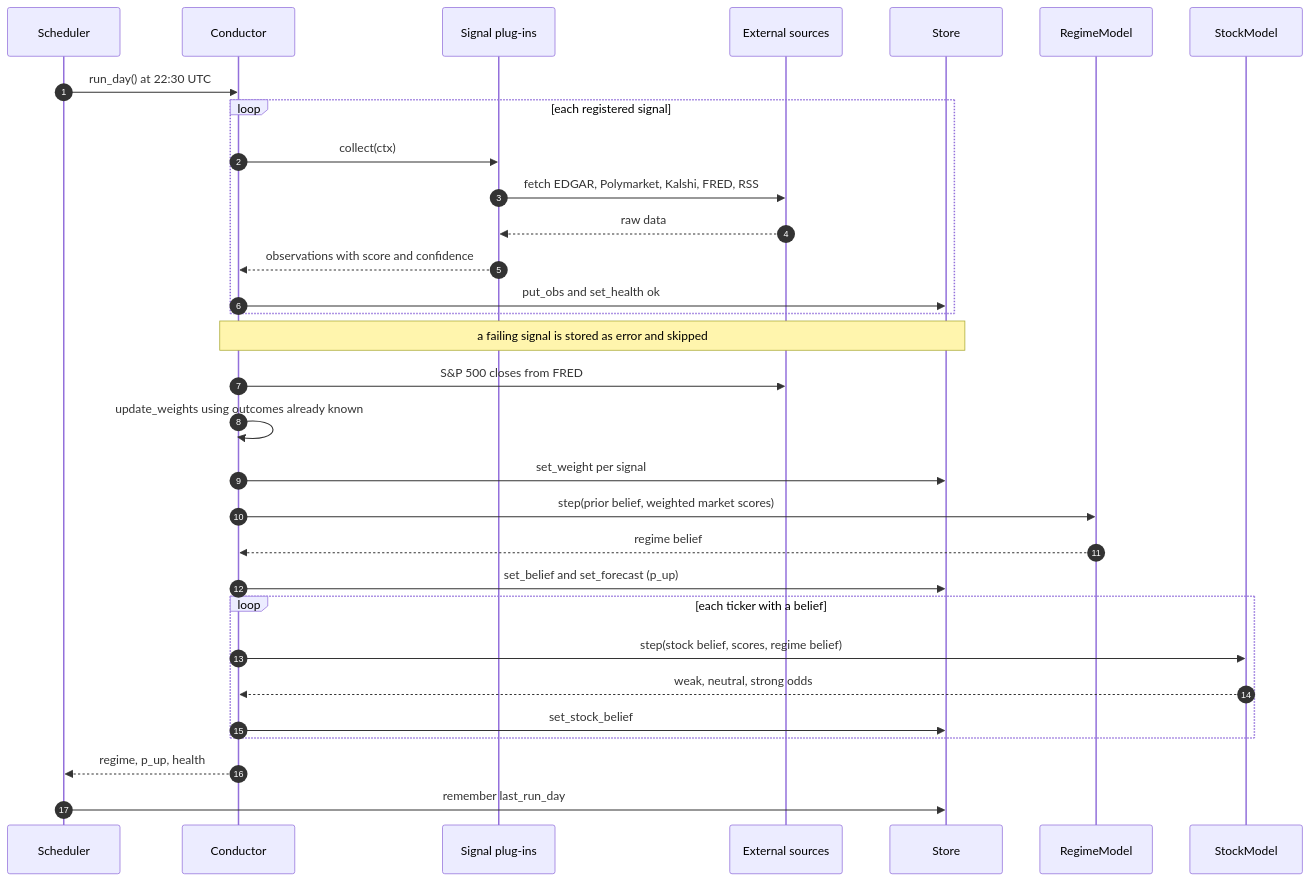
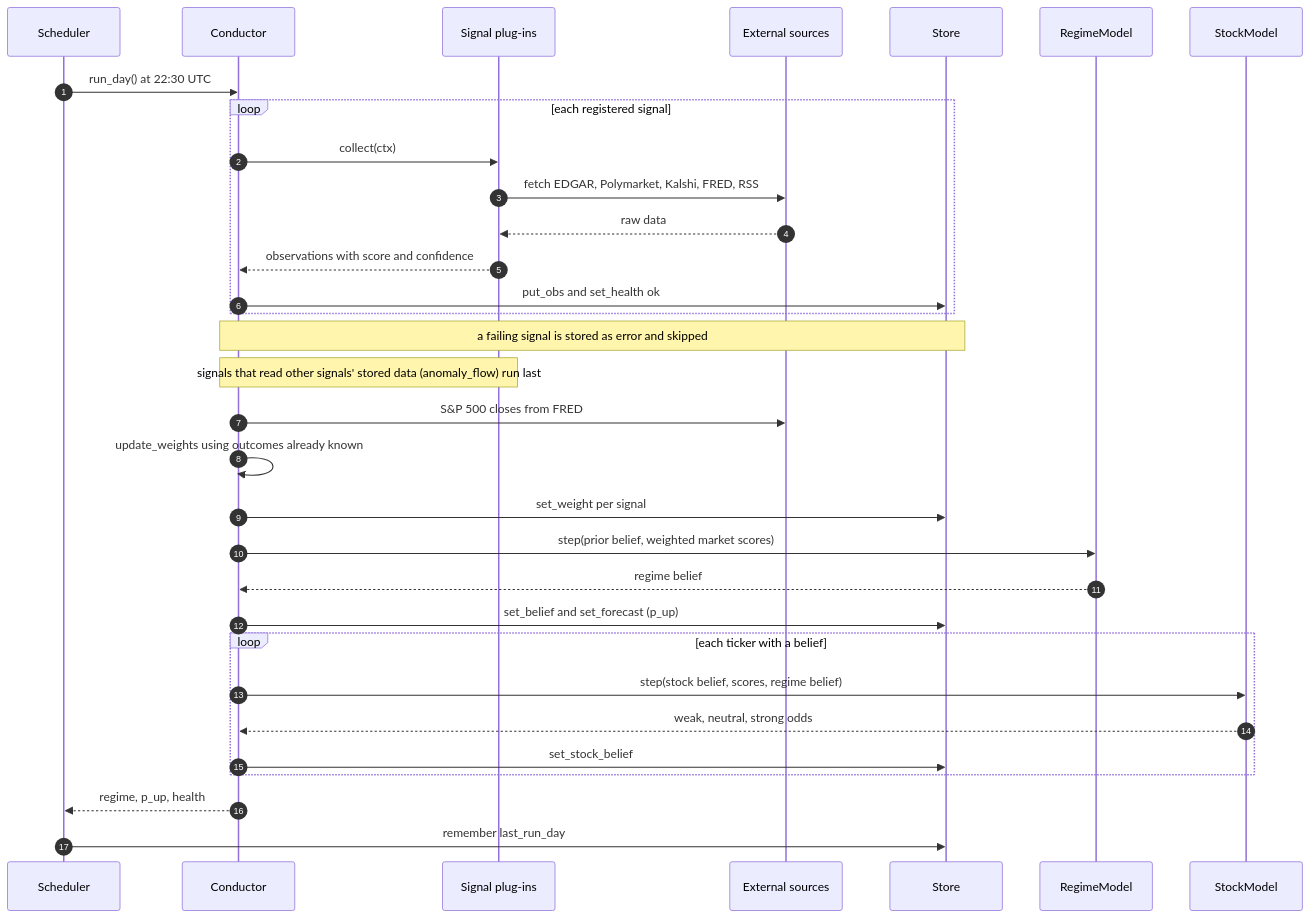
The second of 3 diagrams in docs/ARCHITECTURE.md (jrdpaulino/market-signal-conductor), drawn with Mermaid before and after one commit. The commit also changed other lines of this file and 8 other files, not shown here.

First line of the commit message:
Tidy screenshots into docs/img, add signal overlap report, update architecture doc

````diff
--- a/docs/ARCHITECTURE.md
+++ b/docs/ARCHITECTURE.md
@@ -161,33 +172,34 @@
 ```mermaid
 sequenceDiagram
 autonumber
 participant S as Scheduler
 participant C as Conductor
 participant G as Signal plug-ins
 participant X as External sources
 participant D as Store
 participant R as RegimeModel
 participant T as StockModel
 S->>C: run_day() at 22:30 UTC
 loop each registered signal
   C->>G: collect(ctx)
   G->>X: fetch EDGAR, Polymarket, Kalshi, FRED, RSS
   X-->>G: raw data
   G-->>C: observations with score and confidence
   C->>D: put_obs and set_health ok
 end
 Note over C,D: a failing signal is stored as error and skipped
+Note over C,G: signals that read other signals' stored data (anomaly_flow) run last
 C->>X: S&P 500 closes from FRED
 C->>C: update_weights using outcomes already known
 C->>D: set_weight per signal
 C->>R: step(prior belief, weighted market scores)
 R-->>C: regime belief
 C->>D: set_belief and set_forecast (p_up)
 loop each ticker with a belief
   C->>T: step(stock belief, scores, regime belief)
   T-->>C: weak, neutral, strong odds
   C->>D: set_stock_belief
 end
 C-->>S: regime, p_up, health
 S->>D: remember last_run_day
 ```
````
